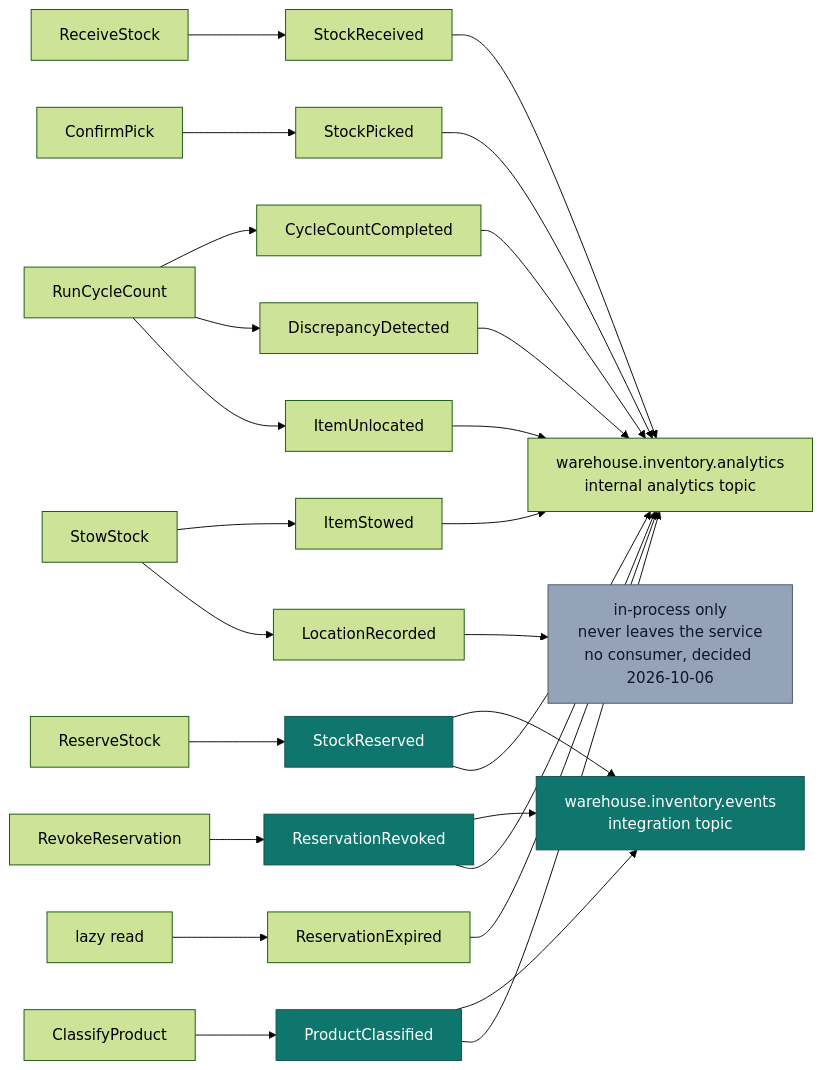
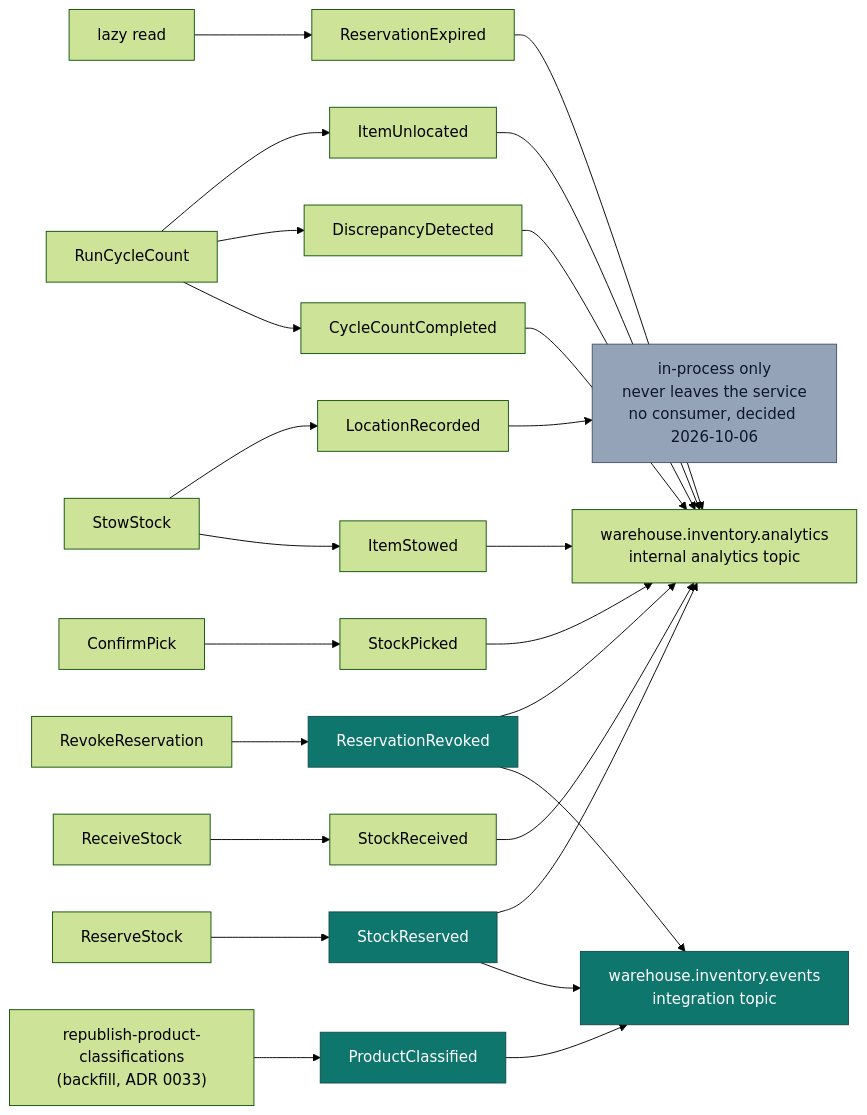
Before and after one commit to IQVO/inventory-storage: the diagram in docs/docs/ddd/domain-events.md, drawn with Mermaid (forest theme). The commit also changed other lines of this file and 14 other files, not shown here.

Commit message:
docs: regenerate REST API reference; DDD pages describe the product-master local copy (ADR 0033)

````diff
--- a/docs/docs/ddd/domain-events.md
+++ b/docs/docs/ddd/domain-events.md
@@ -44,23 +44,23 @@
 ```mermaid
 flowchart LR
   RS["ReceiveStock"] --> E1["StockReceived"]
   SS["StowStock"] --> E2["ItemStowed"]
   SS --> E3["LocationRecorded"]
   RES["ReserveStock"] --> E4["StockReserved"]
   REV["RevokeReservation"] --> E5["ReservationRevoked"]
   CP["ConfirmPick"] --> E6["StockPicked"]
   CC["RunCycleCount"] --> E7["CycleCountCompleted"]
   CC --> E8["DiscrepancyDetected"]
   CC --> E9["ItemUnlocated"]
   EXP["lazy read"] --> E10["ReservationExpired"]
-  CLS["ClassifyProduct"] --> E11["ProductClassified"]
+  BF["republish-product-classifications<br/>(backfill, ADR 0033)"] --> E11["ProductClassified"]
 
   E4 & E5 & E11 --> KAF["warehouse.inventory.events<br/>integration topic"]
-  E1 & E2 & E4 & E5 & E6 & E7 & E8 & E9 & E10 & E11 --> ANA["warehouse.inventory.analytics<br/>internal analytics topic"]
+  E1 & E2 & E4 & E5 & E6 & E7 & E8 & E9 & E10 --> ANA["warehouse.inventory.analytics<br/>internal analytics topic"]
   E3 --> LOG["in-process only<br/>never leaves the service<br/>no consumer, decided 2026-10-06"]
 
   classDef wired fill:#0f766e,stroke:#134e4a,color:#fff;
   classDef local fill:#94a3b8,stroke:#475569,color:#0f172a;
   class E4,E5,E11,KAF wired;
   class LOG local;
 ```
````
